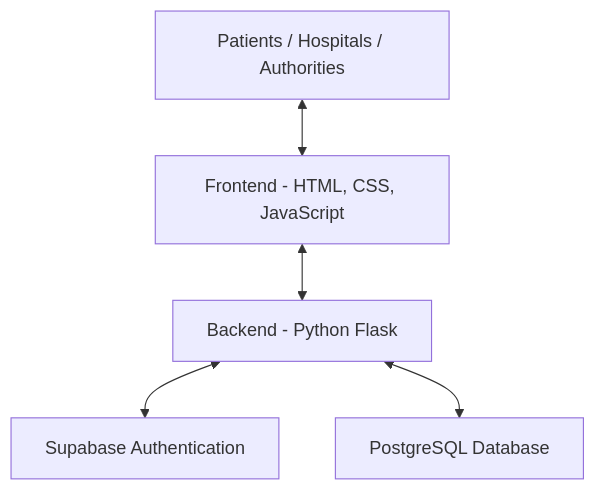
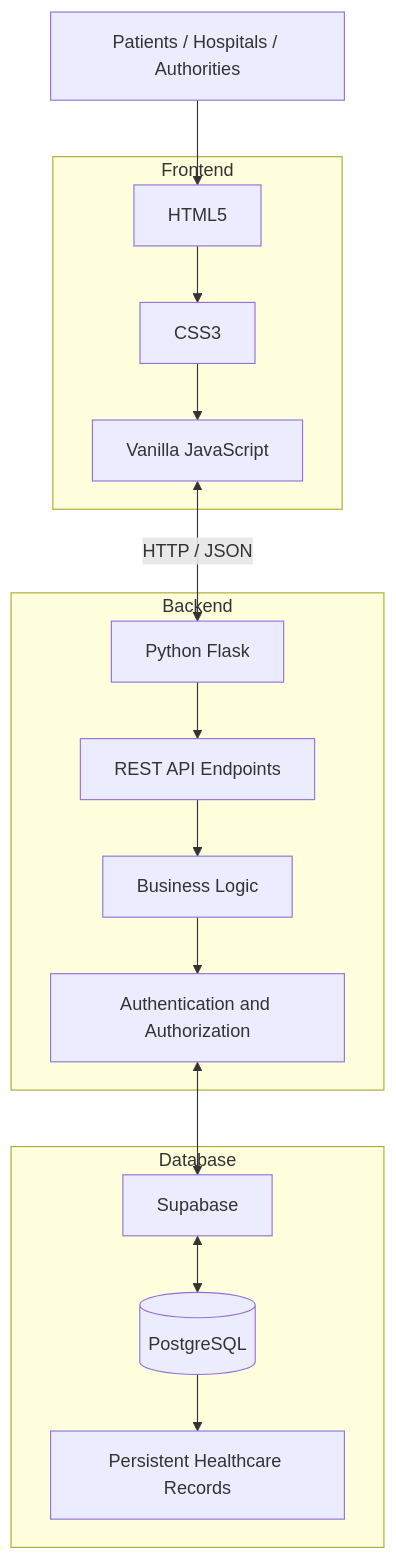
One commit to ashiishe2-oss/AIIS-Hackathon changed the third of 3 diagrams in README.md. Above: the diagram before and after it, drawn with Mermaid. The commit also changed other lines of this file, not shown here.

````diff
--- a/README.md
+++ b/README.md
@@ -78,13 +221,34 @@
 ```mermaid
 flowchart TD
-    A[Patients / Hospitals / Authorities]
-    B[Frontend - HTML, CSS, JavaScript]
-    C[Backend - Python Flask]
-    D[Supabase Authentication]
-    E[PostgreSQL Database]
+    U[Patients / Hospitals / Authorities]
 
-    A <--> B
-    B <--> C
-    C <--> D
-    C <--> E
+    subgraph Frontend
+        A[HTML5]
+        B[CSS3]
+        C[Vanilla JavaScript]
+    end
+
+    subgraph Backend
+        D[Python Flask]
+        E[REST API Endpoints]
+        F[Business Logic]
+        G[Authentication and Authorization]
+    end
+
+    subgraph Database
+        H[Supabase]
+        I[(PostgreSQL)]
+        J[Persistent Healthcare Records]
+    end
+
+    U --> A
+    A --> B
+    B --> C
+    C <-->|HTTP / JSON| D
+    D --> E
+    E --> F
+    F --> G
+    G <--> H
+    H <--> I
+    I --> J
 ```
````
